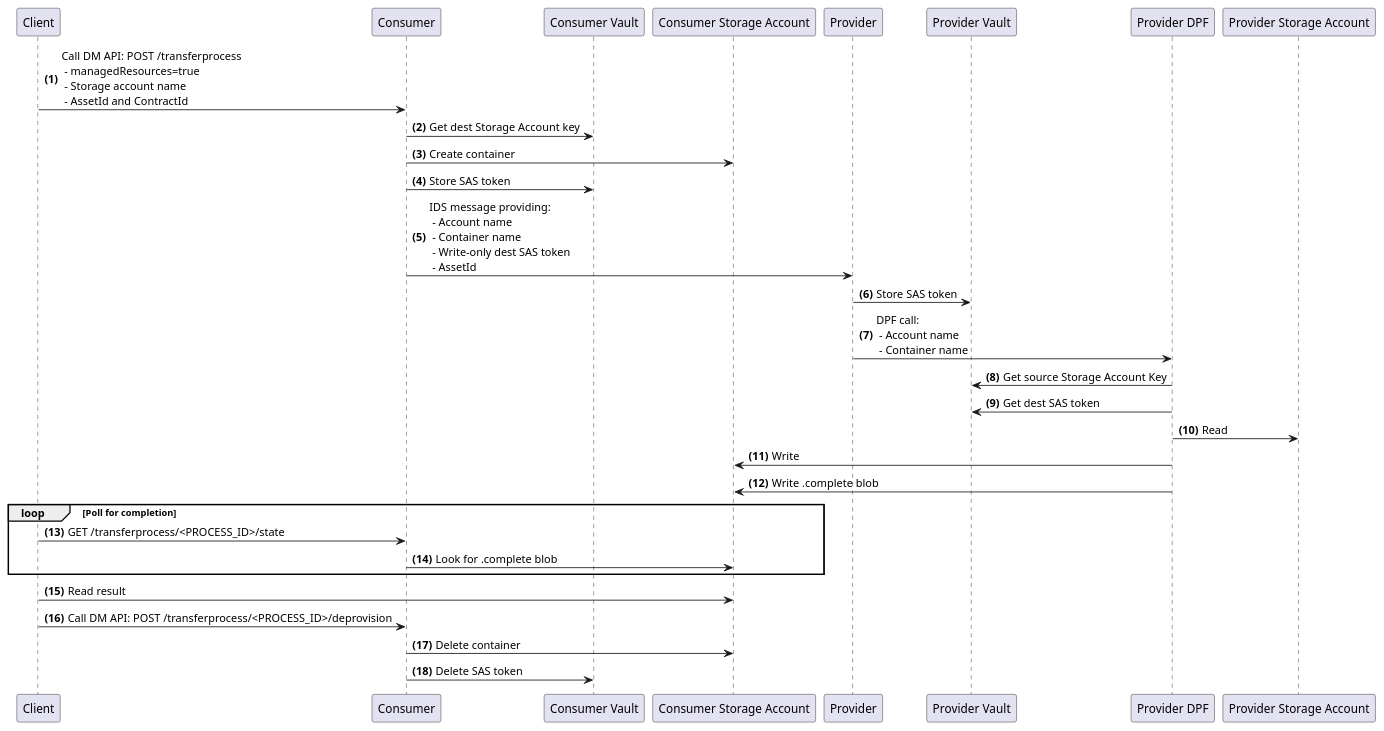
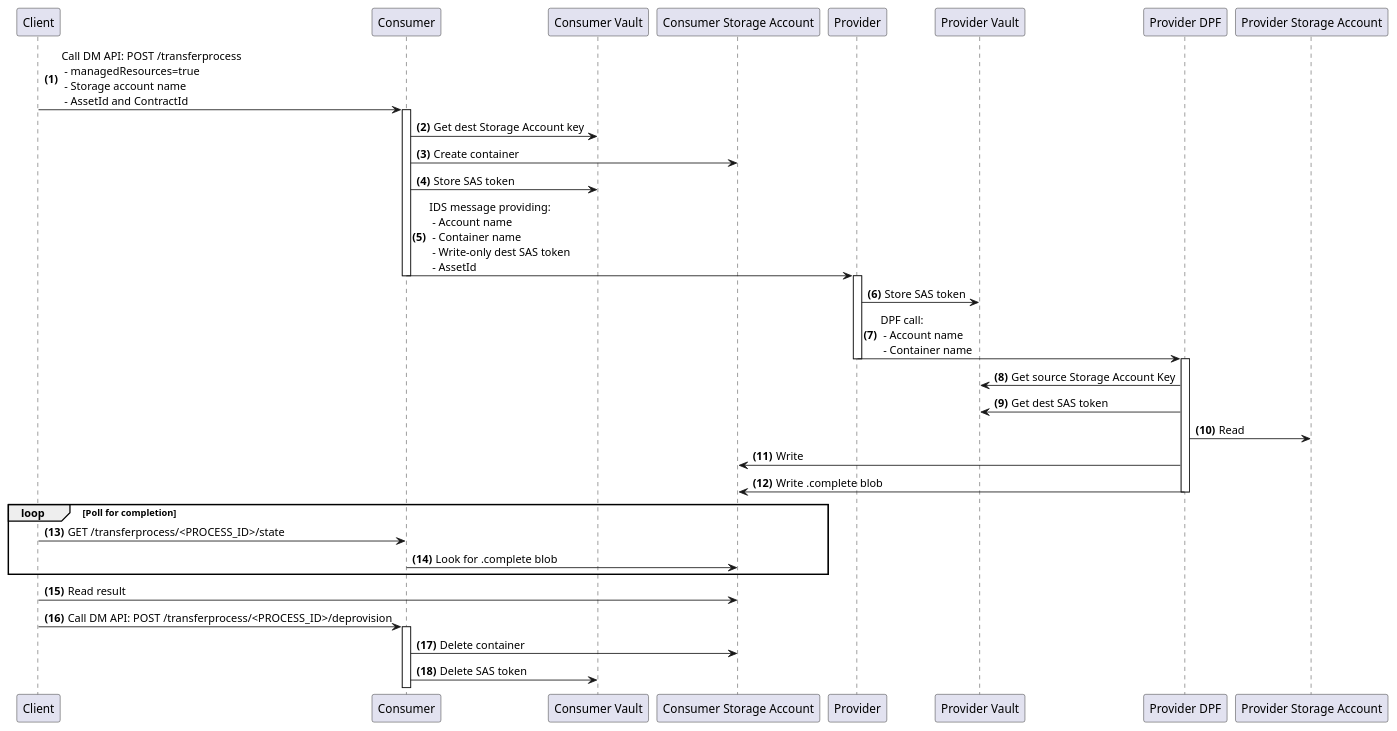
Before and after one commit to agera-edc/DataSpaceConnector: the diagram in docs/diagrams/blob-transfer.puml, drawn with PlantUML. The commit also changed 1 other file, not shown here.

```diff
--- a/docs/diagrams/blob-transfer.puml
+++ b/docs/diagrams/blob-transfer.puml
@@ -15,23 +15,34 @@
 @startuml
 autonumber "<b>(0)"
 Client -> Consumer: Call DM API: POST /transferprocess \n - managedResources=true\n - Storage account name \n - AssetId and ContractId
+deactivate Client
+activate Consumer
 Consumer -> "Consumer Vault": Get dest Storage Account key
 Consumer -> "Consumer Storage Account": Create container
 Consumer -> "Consumer Vault": Store SAS token
 Consumer -> Provider: IDS message providing: \n - Account name \n - Container name \n - Write-only dest SAS token \n - AssetId
+deactivate Consumer
+activate Provider
 Provider -> "Provider Vault": Store SAS token
 Provider -> "Provider DPF": DPF call: \n - Account name \n - Container name
+deactivate Provider
+activate "Provider DPF"
 "Provider DPF" -> "Provider Vault": Get source Storage Account Key
 "Provider DPF" -> "Provider Vault": Get dest SAS token
 "Provider DPF" -> "Provider Storage Account": Read
 "Provider DPF" -> "Consumer Storage Account": Write
 "Provider DPF" -> "Consumer Storage Account": Write .complete blob
+deactivate "Provider DPF"
 loop  Poll for completion
     Client -> Consumer: GET /transferprocess/<PROCESS_ID>/state
     Consumer -> "Consumer Storage Account": Look for .complete blob
 end
+activate Client
 Client -> "Consumer Storage Account": Read result
 Client -> "Consumer": Call DM API: POST /transferprocess/<PROCESS_ID>/deprovision
+deactivate Client
+activate Consumer
 Consumer -> "Consumer Storage Account": Delete container
 Consumer -> "Consumer Vault": Delete SAS token
+deactivate Client
 @enduml
```
